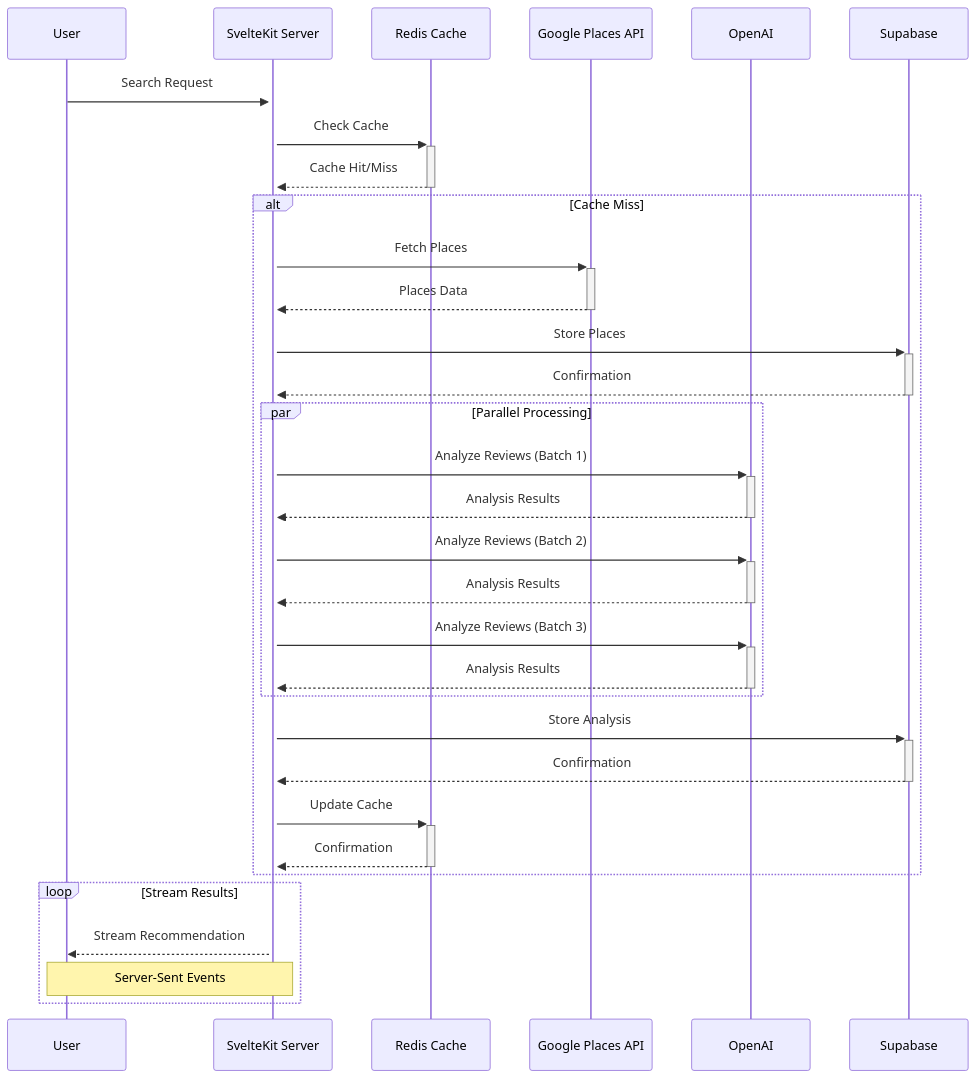
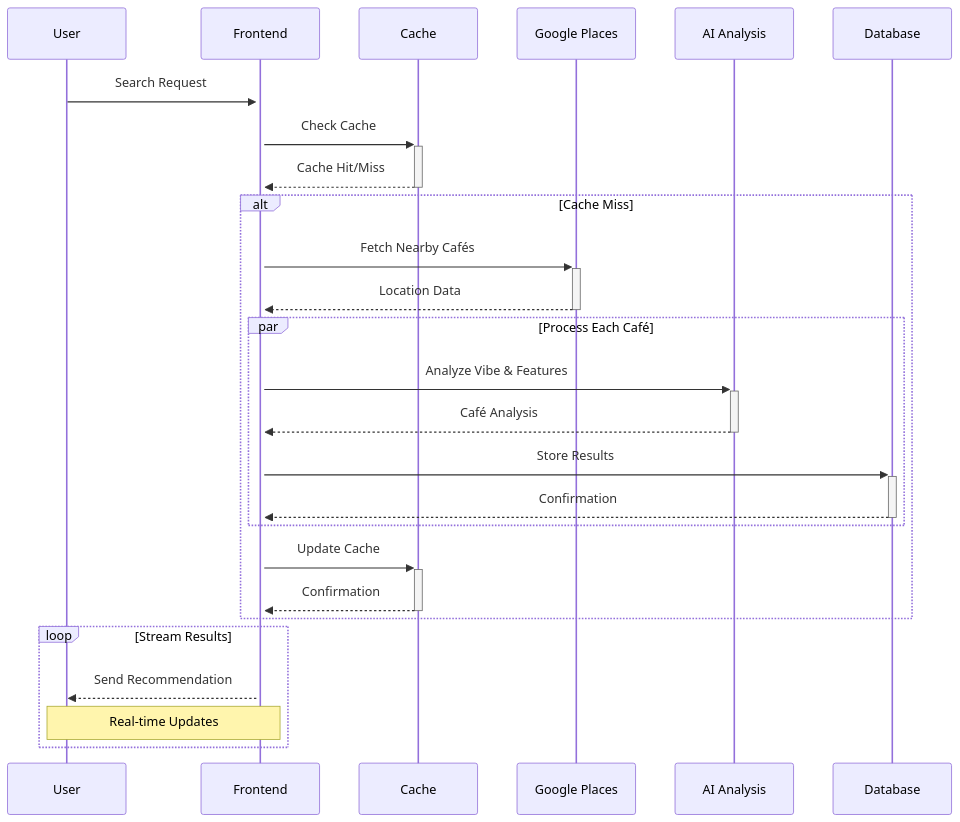
Before and after one commit to yashmit07/QuickCafe: the diagram in README.md, drawn with Mermaid. The commit also changed other lines of this file, not shown here.

````diff
--- a/README.md
+++ b/README.md
@@ -138,39 +138,33 @@
 ```mermaid
 sequenceDiagram
     participant U as User
-    participant S as SvelteKit Server
-    participant R as Redis Cache
-    participant G as Google Places API
-    participant O as OpenAI
-    participant DB as Supabase
+    participant F as Frontend
+    participant C as Cache
+    participant G as Google Places
+    participant A as AI Analysis
+    participant D as Database
 
-    U->>+S: Search Request
-    S->>+R: Check Cache
-    R-->>-S: Cache Hit/Miss
-    
+    U->>+F: Search Request
+    F->>+C: Check Cache
+    C-->>-F: Cache Hit/Miss
+
     alt Cache Miss
-        S->>+G: Fetch Places
-        G-->>-S: Places Data
-        S->>+DB: Store Places
-        DB-->>-S: Confirmation
+        F->>+G: Fetch Nearby Cafés
+        G-->>-F: Location Data
         
-        par Parallel Processing
-            S->>+O: Analyze Reviews (Batch 1)
-            O-->>-S: Analysis Results
-            S->>+O: Analyze Reviews (Batch 2)
-            O-->>-S: Analysis Results
-            S->>+O: Analyze Reviews (Batch 3)
-            O-->>-S: Analysis Results
+        par Process Each Café
+            F->>+A: Analyze Vibe & Features
+            A-->>-F: Café Analysis
+            F->>+D: Store Results
+            D-->>-F: Confirmation
         end
-        
-        S->>+DB: Store Analysis
-        DB-->>-S: Confirmation
-        S->>+R: Update Cache
-        R-->>-S: Confirmation
+
+        F->>+C: Update Cache
+        C-->>-F: Confirmation
     end
-    
+
     loop Stream Results
-        S-->>U: Stream Recommendation
-        Note over S,U: Server-Sent Events
+        F-->>U: Send Recommendation
+        Note over F,U: Real-time Updates
     end
 ```
````
